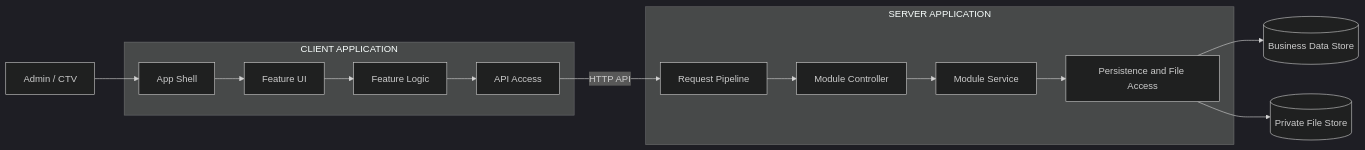
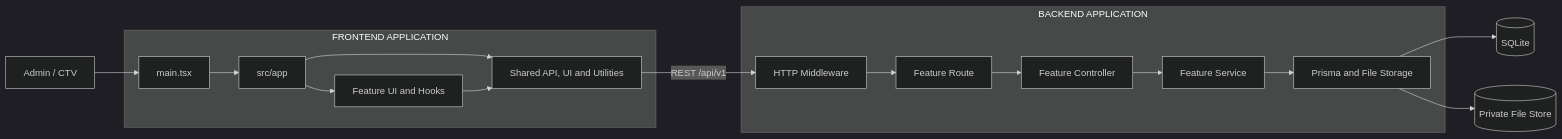
One commit to MINHDZVODICH/ctv-manage changed the diagram in docs/ARCHITECTURE.md. Above: the diagram before and after it, drawn with Mermaid (dark theme). The commit also changed other lines of this file and 227 other files, not shown here.

````diff
--- a/docs/ARCHITECTURE.md
+++ b/docs/ARCHITECTURE.md
@@ -5,27 +5,31 @@
 ```mermaid
 flowchart LR
     User[Admin / CTV]
 
-    subgraph Frontend[CLIENT APPLICATION]
-        App[App Shell]
-        FeatureUI[Feature UI]
-        FeatureLogic[Feature Logic]
-        APIAccess[API Access]
+    subgraph Frontend[FRONTEND APPLICATION]
+        Entry[main.tsx]
+        Shell[src/app]
+        Feature[Feature UI and Hooks]
+        Shared[Shared API, UI and Utilities]
 
-        App --> FeatureUI --> FeatureLogic --> APIAccess
+        Entry --> Shell
+        Shell --> Feature
+        Shell --> Shared
+        Feature --> Shared
     end
 
-    subgraph Backend[SERVER APPLICATION]
-        Pipeline[Request Pipeline]
-        Controller[Module Controller]
-        Service[Module Service]
-        Persistence[Persistence and File Access]
+    subgraph Backend[BACKEND APPLICATION]
+        Pipeline[HTTP Middleware]
+        Route[Feature Route]
+        Controller[Feature Controller]
+        Service[Feature Service]
+        Infrastructure[Prisma and File Storage]
 
-        Pipeline --> Controller --> Service --> Persistence
+        Pipeline --> Route --> Controller --> Service --> Infrastructure
     end
 
-    User --> App
-    APIAccess -->|HTTP API| Pipeline
-    Persistence --> DataStore[(Business Data Store)]
-    Persistence --> FileStore[(Private File Store)]
+    User --> Entry
+    Shared -->|REST /api/v1| Pipeline
+    Infrastructure --> Database[(SQLite)]
+    Infrastructure --> Files[(Private File Store)]
 ```
````
